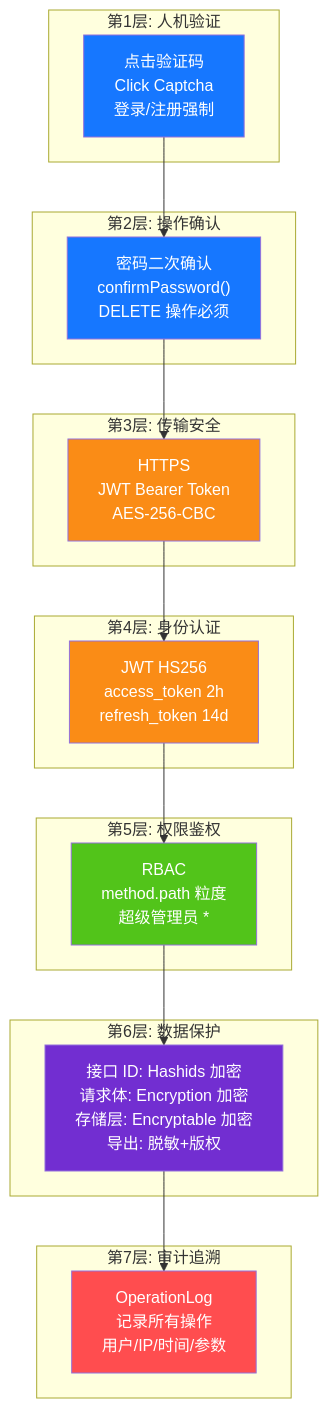
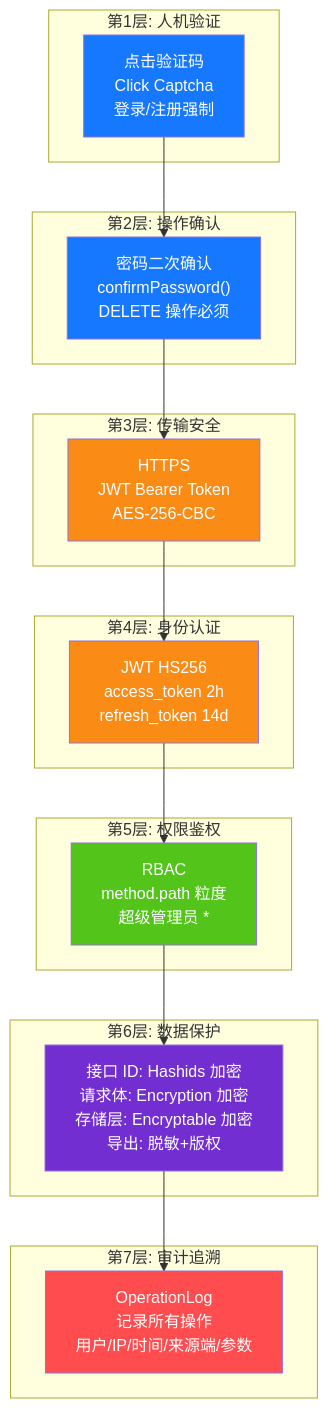
Before and after one commit to erikwang2013/open-admin: diagram 13 of 14 in docs/ARCHITECTURE.md, drawn with Mermaid. The commit also changed other lines of this file and 5 other files, not shown here.

Commit message:
docs: 更新操作日志来源端(source)字段到所有文档 — 表结构/ER图/架构图/中间件链

````diff
--- a/docs/ARCHITECTURE.md
+++ b/docs/ARCHITECTURE.md
@@ -585,40 +586,40 @@
 ```mermaid
 flowchart TB
     subgraph "第1层: 人机验证"
         L1["点击验证码<br/>Click Captcha<br/>登录/注册强制"]
     end
 
     subgraph "第2层: 操作确认"
         L2["密码二次确认<br/>confirmPassword()<br/>DELETE 操作必须"]
     end
 
     subgraph "第3层: 传输安全"
         L3["HTTPS<br/>JWT Bearer Token<br/>AES-256-CBC"]
     end
 
     subgraph "第4层: 身份认证"
         L4["JWT HS256<br/>access_token 2h<br/>refresh_token 14d"]
     end
 
     subgraph "第5层: 权限鉴权"
         L5["RBAC<br/>method.path 粒度<br/>超级管理员 * "]
     end
 
     subgraph "第6层: 数据保护"
         L6["接口 ID: Hashids 加密<br/>请求体: Encryption 加密<br/>存储层: Encryptable 加密<br/>导出: 脱敏+版权"]
     end
 
     subgraph "第7层: 审计追溯"
-        L7["OperationLog<br/>记录所有操作<br/>用户/IP/时间/参数"]
+        L7["OperationLog<br/>记录所有操作<br/>用户/IP/时间/来源端/参数"]
     end
 
     L1 --> L2 --> L3 --> L4 --> L5 --> L6 --> L7
 
     style L1 fill:#1677FF,color:#fff
     style L2 fill:#1677FF,color:#fff
     style L3 fill:#FA8C16,color:#fff
     style L4 fill:#FA8C16,color:#fff
     style L5 fill:#52C41A,color:#fff
     style L6 fill:#722ED1,color:#fff
     style L7 fill:#FF4D4F,color:#fff
 ```
````
